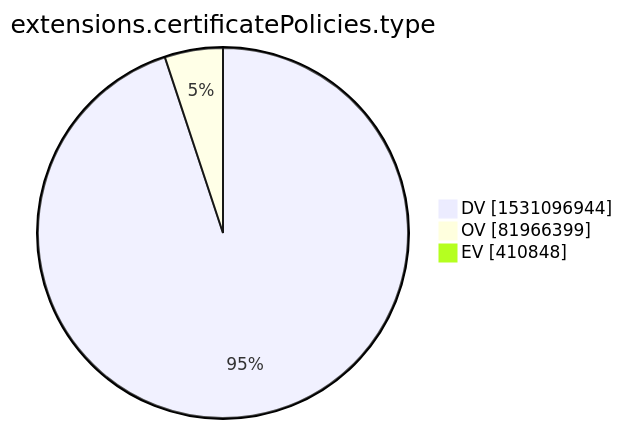
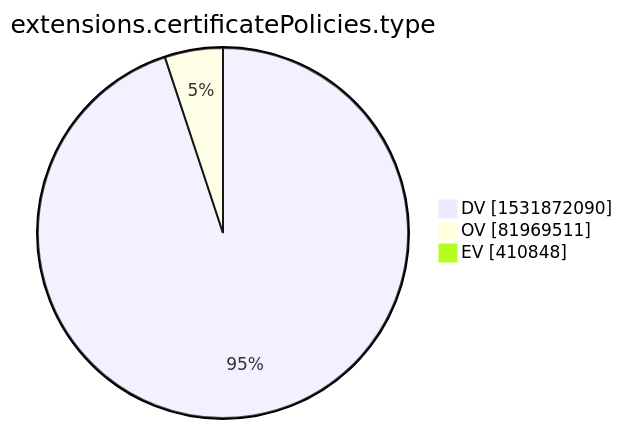
The tenth of 15 diagrams in xenon2022/README.md (christiankrug/ctmonitor_visualization), drawn with Mermaid before and after one commit. The commit also changed other lines of this file, not shown here.

````diff
--- a/xenon2022/README.md
+++ b/xenon2022/README.md
@@ -2875,7 +2875,7 @@
 ```mermaid
 pie showData
 title extensions.certificatePolicies.type
-"DV" :1531096944
-"OV" :81966399
+"DV" :1531872090
+"OV" :81969511
 "EV" :410848
 ```
````
